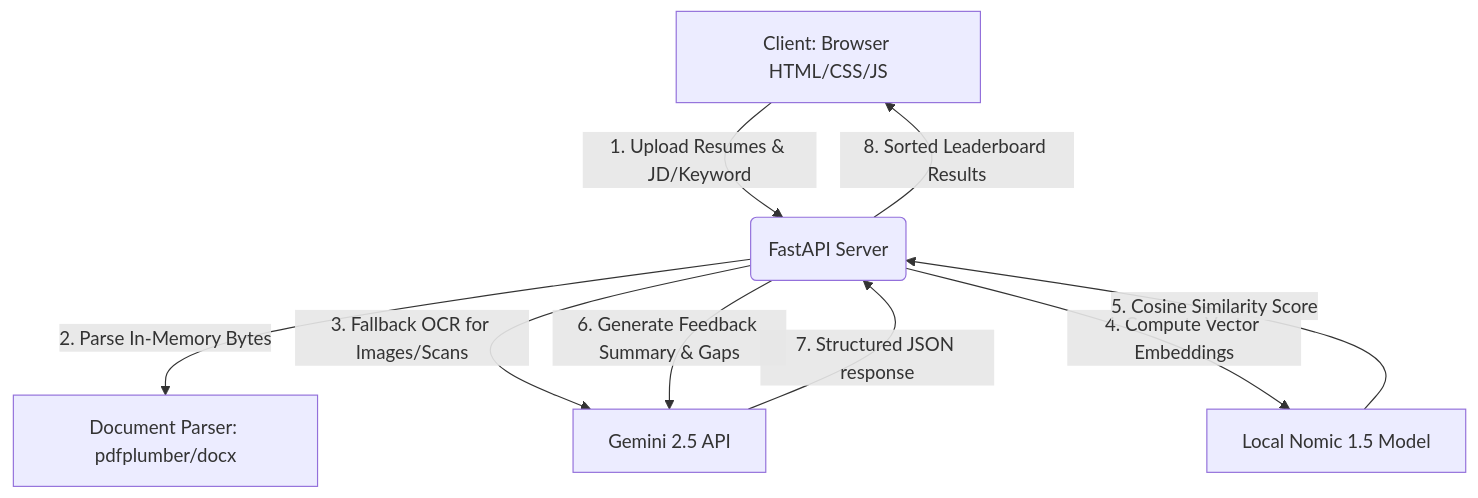
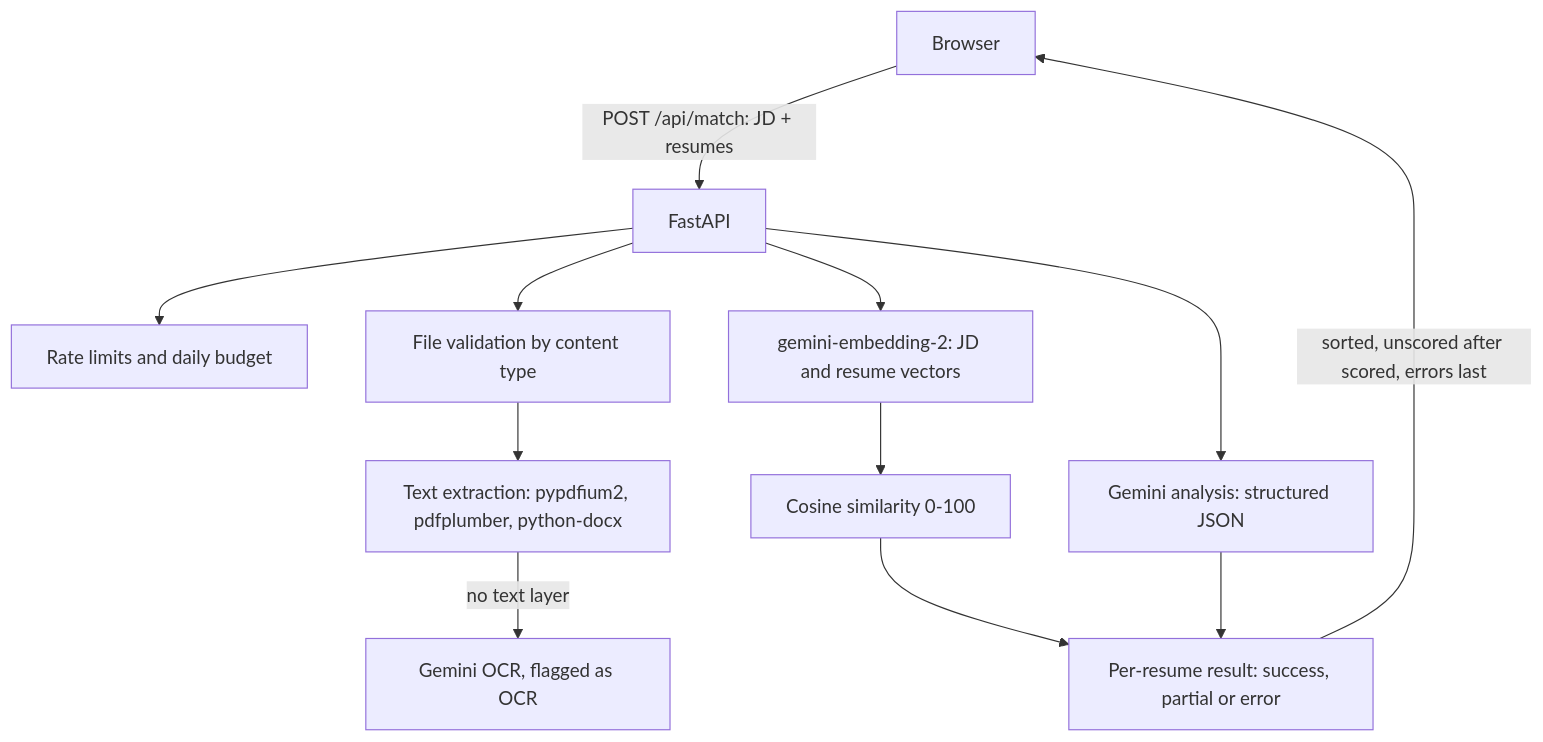
Before and after one commit to ShreyasHegde0105/HireIntel: the diagram in README.md, drawn with Mermaid. The commit also changed other lines of this file and 31 other files, not shown here.

````diff
--- a/README.md
+++ b/README.md
@@ -56,11 +46,14 @@
 ```mermaid
-graph TD
-    A[Client: Browser HTML/CSS/JS] -- 1. Upload Resumes & JD/Keyword --> B(FastAPI Server)
-    B -- 2. Parse In-Memory Bytes --> C[Document Parser: pdfplumber/docx]
-    B -- 3. Fallback OCR for Images/Scans --> D[Gemini 2.5 API]
-    B -- 4. Compute Vector Embeddings --> E[Local Nomic 1.5 Model]
-    E -- 5. Cosine Similarity Score --> B
-    B -- 6. Generate Feedback Summary & Gaps --> D
-    D -- 7. Structured JSON response --> B
-    B -- 8. Sorted Leaderboard Results --> A
+flowchart TD
+    A[Browser] -->|POST /api/match: JD + resumes| B[FastAPI]
+    B --> L[Rate limits and daily budget]
+    B --> C[File validation by content type]
+    C --> D[Text extraction: pypdfium2, pdfplumber, python-docx]
+    D -->|no text layer| E[Gemini OCR, flagged as OCR]
+    B --> F[gemini-embedding-2: JD and resume vectors]
+    F --> G[Cosine similarity 0-100]
+    B --> H[Gemini analysis: structured JSON]
+    G --> I[Per-resume result: success, partial or error]
+    H --> I
+    I -->|sorted, unscored after scored, errors last| A
 ```
````
